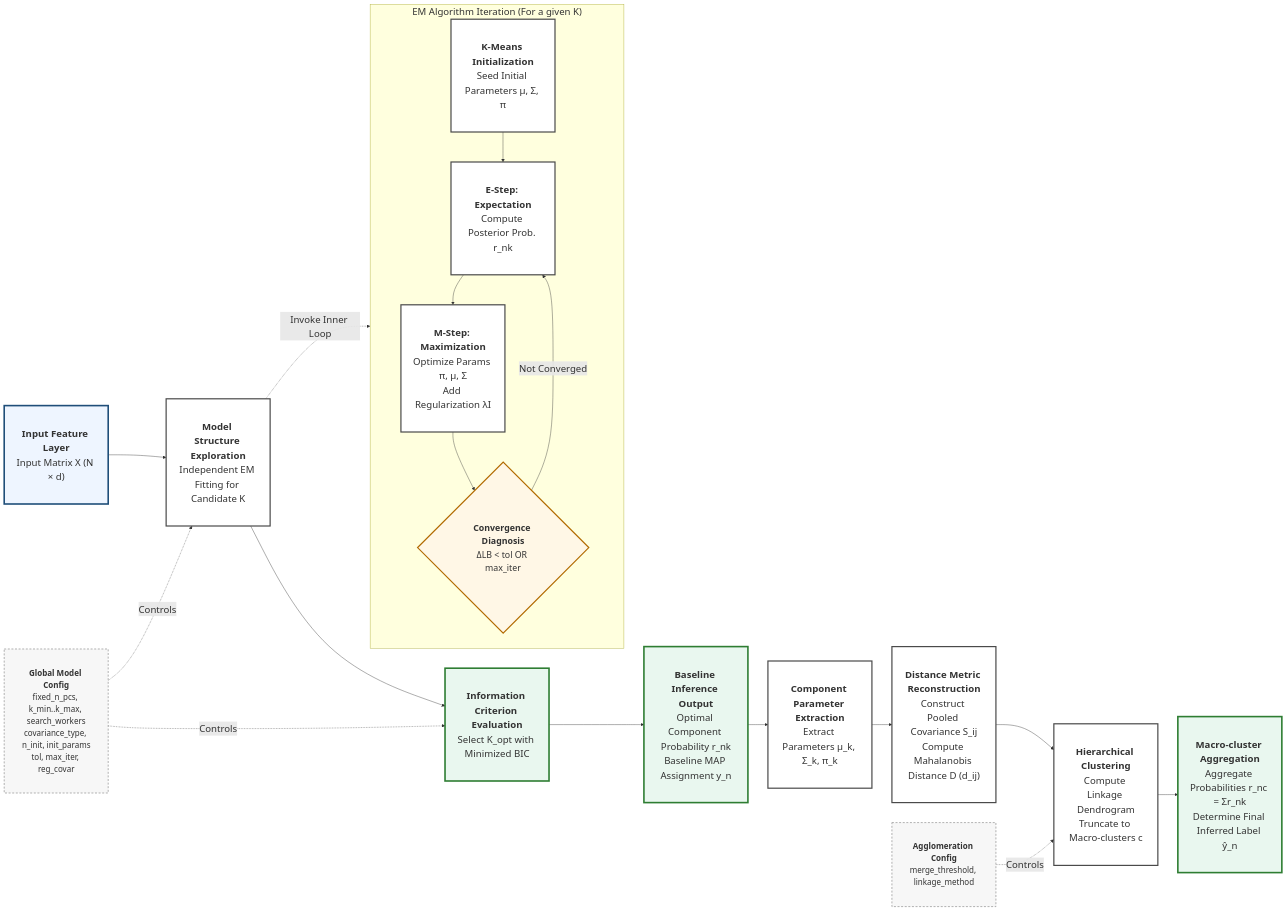
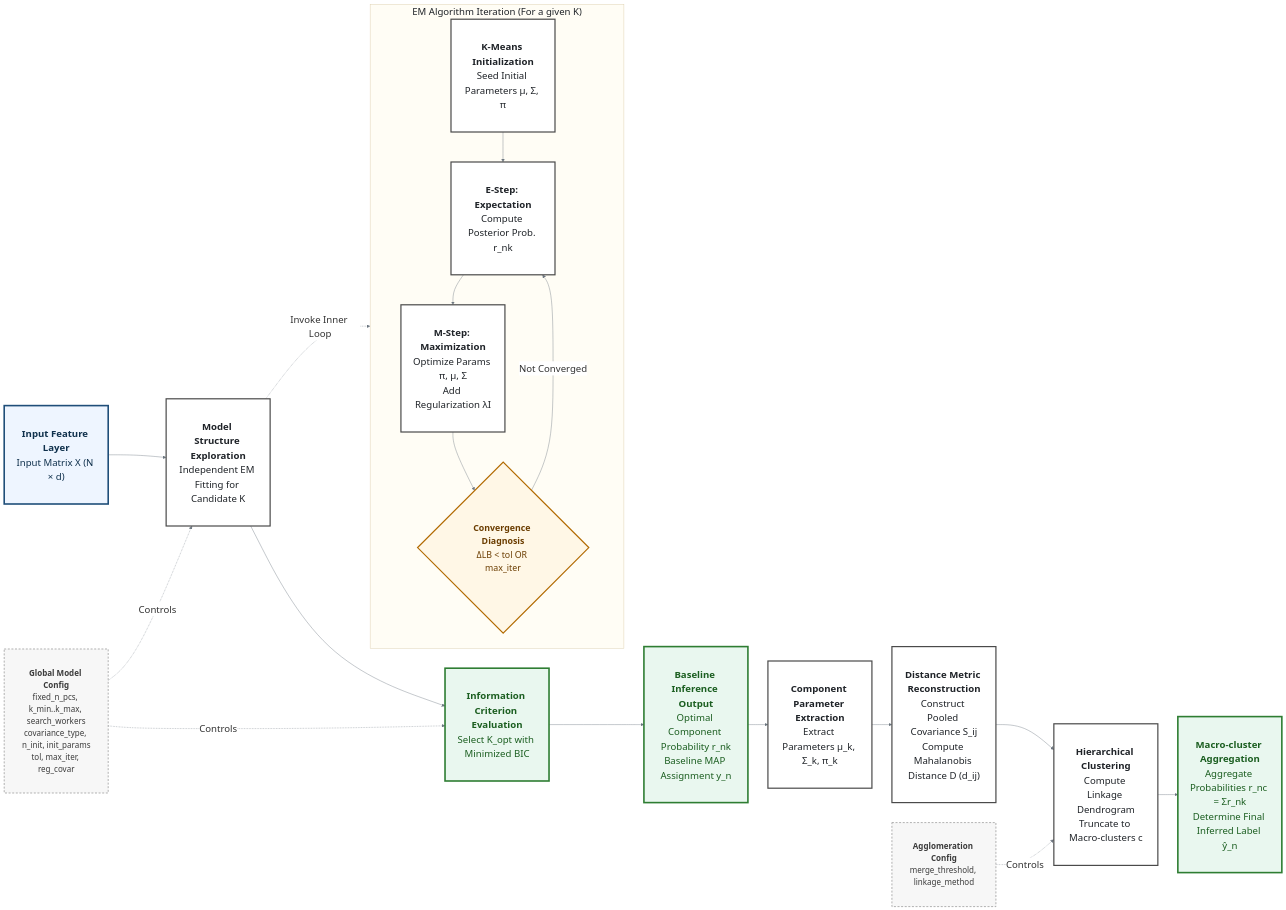
Before and after one commit to ZhaoTie-re/PopGMM: the diagram in gmm_convergence_diagram.EN.md, drawn with Mermaid. The commit also changed other lines of this file and 2 other files, not shown here.

Commit message:
Enhance Mermaid diagram styles for consistency and readability in documentation

````diff
--- a/gmm_convergence_diagram.EN.md
+++ b/gmm_convergence_diagram.EN.md
@@ -13,40 +13,42 @@
 ```mermaid
-%%{init: {'theme': 'default', 'themeVariables': {'fontSize': '24px', 'fontFamily': 'Arial, sans-serif'}}}%%
+%%{init: {'theme': 'default', 'themeVariables': {'fontSize': '24px', 'fontFamily': 'Arial, sans-serif', 'lineColor': '#6e7781', 'edgeLabelBackground': '#ffffff'}}}%%
 flowchart LR
     %% PPT main figure: compact, parameter-aligned, big-font friendly
-    classDef in fill:#eef5ff,stroke:#1f4e79,stroke-width:4px,font-size:24px,padding:16px;
-    classDef step fill:#ffffff,stroke:#4a4a4a,stroke-width:3px,font-size:24px,padding:16px;
-    classDef decision fill:#fff7e6,stroke:#b26a00,stroke-width:3px,font-size:22px,padding:16px;
-    classDef out fill:#e9f7ef,stroke:#2e7d32,stroke-width:4px,font-size:24px,padding:16px;
-    classDef param fill:#f7f7f7,stroke:#9e9e9e,stroke-width:2px,stroke-dasharray: 5 4,font-size:20px,padding:12px;
+    classDef in fill:#eef5ff,stroke:#1f4e79,stroke-width:4px,font-size:24px,padding:16px,color:#10314d;
+    classDef step fill:#ffffff,stroke:#4a4a4a,stroke-width:3px,font-size:24px,padding:16px,color:#1f2328;
+    classDef decision fill:#fff7e6,stroke:#b26a00,stroke-width:3px,font-size:22px,padding:16px,color:#6b3d00;
+    classDef out fill:#e9f7ef,stroke:#2e7d32,stroke-width:4px,font-size:24px,padding:16px,color:#1b5e20;
+    classDef param fill:#f7f7f7,stroke:#9e9e9e,stroke-width:2px,stroke-dasharray: 5 4,font-size:20px,padding:12px,color:#3b3b3b;
 
     A0["<b>Input Feature Layer</b><br/>Input Matrix X (N × d)"]:::in
     A3["<b>Model Structure Exploration</b><br/>Independent EM Fitting for Candidate K"]:::step
     A4["<b>Information Criterion Evaluation</b><br/>Select K_opt with Minimized BIC"]:::out
     A5["<b>Baseline Inference Output</b><br/>Optimal Component Probability r_nk<br/>Baseline MAP Assignment y_n"]:::out
 
     A6["<b>Component Parameter Extraction</b><br/>Extract Parameters μ_k, Σ_k, π_k"]:::step
     A7["<b>Distance Metric Reconstruction</b><br/>Construct Pooled Covariance S_ij<br/>Compute Mahalanobis Distance D (d_ij)"]:::step
     A8["<b>Hierarchical Clustering</b><br/>Compute Linkage Dendrogram<br/>Truncate to Macro-clusters c"]:::step
     A9["<b>Macro-cluster Aggregation</b><br/>Aggregate Probabilities r_nc = Σr_nk<br/>Determine Final Inferred Label ŷ_n"]:::out
 
     A0 --> A3 --> A4 --> A5
     A5 --> A6 --> A7 --> A8 --> A9
 
     subgraph EMmini["EM Algorithm Iteration (For a given K)"]
         Init["<b>K-Means Initialization</b><br/>Seed Initial Parameters μ, Σ, π"]:::step
         E1["<b>E-Step: Expectation</b><br/>Compute Posterior Prob. r_nk"]:::step
         M1["<b>M-Step: Maximization</b><br/>Optimize Params π, μ, Σ<br/>Add Regularization λI"]:::step
         Stop{"<b>Convergence Diagnosis</b><br/>ΔLB < tol OR max_iter"}:::decision
         Init --> E1 --> M1 --> Stop
         Stop -- "Not Converged" --> E1
     end
 
     A3 -. "Invoke Inner Loop" .-> EMmini
 
     P["<b>Global Model Config</b><br/>fixed_n_pcs, k_min..k_max, search_workers<br/>covariance_type, n_init, init_params<br/>tol, max_iter, reg_covar"]:::param
     M["<b>Agglomeration Config</b><br/>merge_threshold, linkage_method"]:::param
     P -. "Controls" .-> A3
     P -. "Controls" .-> A4
     M -. "Controls" .-> A8
+
+    style EMmini fill:#fffdf5,stroke:#d8c9a3,color:#1f2328;
 ```
````
